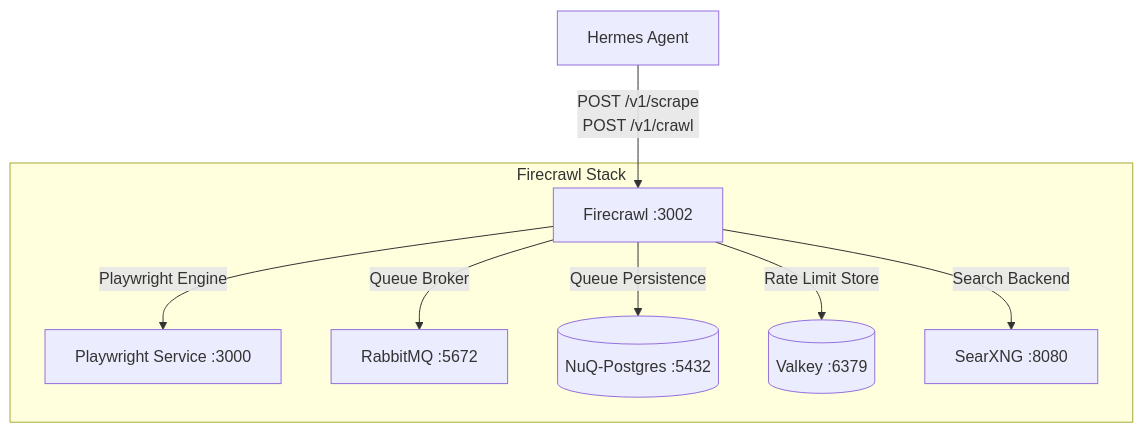
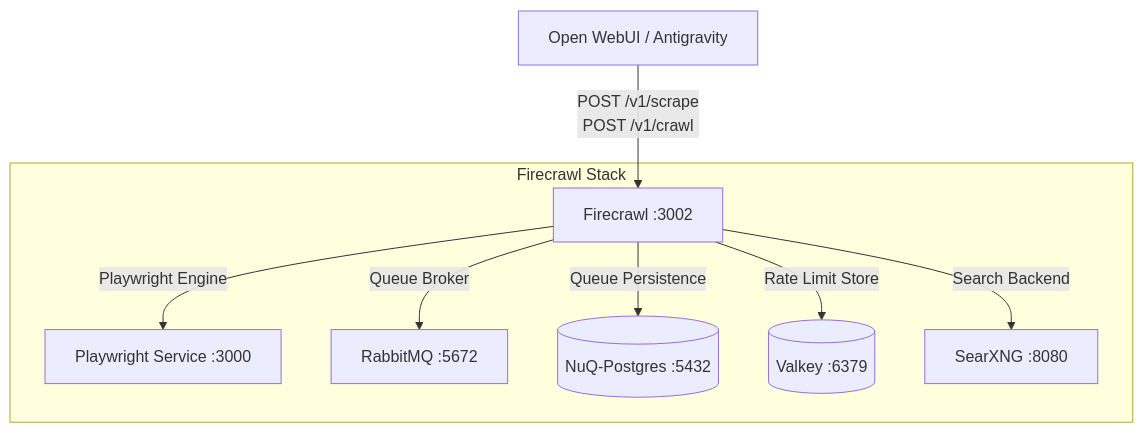
The diagram in docs/firecrawl.md (jamesbspencer/homelab), drawn with Mermaid before and after one commit. The commit also changed other lines of this file and 33 other files, not shown here.

````diff
--- a/docs/firecrawl.md
+++ b/docs/firecrawl.md
@@ -13,12 +13,12 @@
 ```mermaid
 graph TD
-    Hermes[Hermes Agent] -->|POST /v1/scrape<br/>POST /v1/crawl| Firecrawl[Firecrawl :3002]
+    Clients[Open WebUI / Antigravity] -->|POST /v1/scrape<br/>POST /v1/crawl| Firecrawl[Firecrawl :3002]
     
     subgraph Firecrawl Stack
         Firecrawl -->|Playwright Engine| Playwright[Playwright Service :3000]
         Firecrawl -->|Queue Broker| RabbitMQ[RabbitMQ :5672]
         Firecrawl -->|Queue Persistence| NuqPostgres[(NuQ-Postgres :5432)]
         Firecrawl -->|Rate Limit Store| Valkey[(Valkey :6379)]
         Firecrawl -->|Search Backend| SearXNG[SearXNG :8080]
     end
 ```
````
